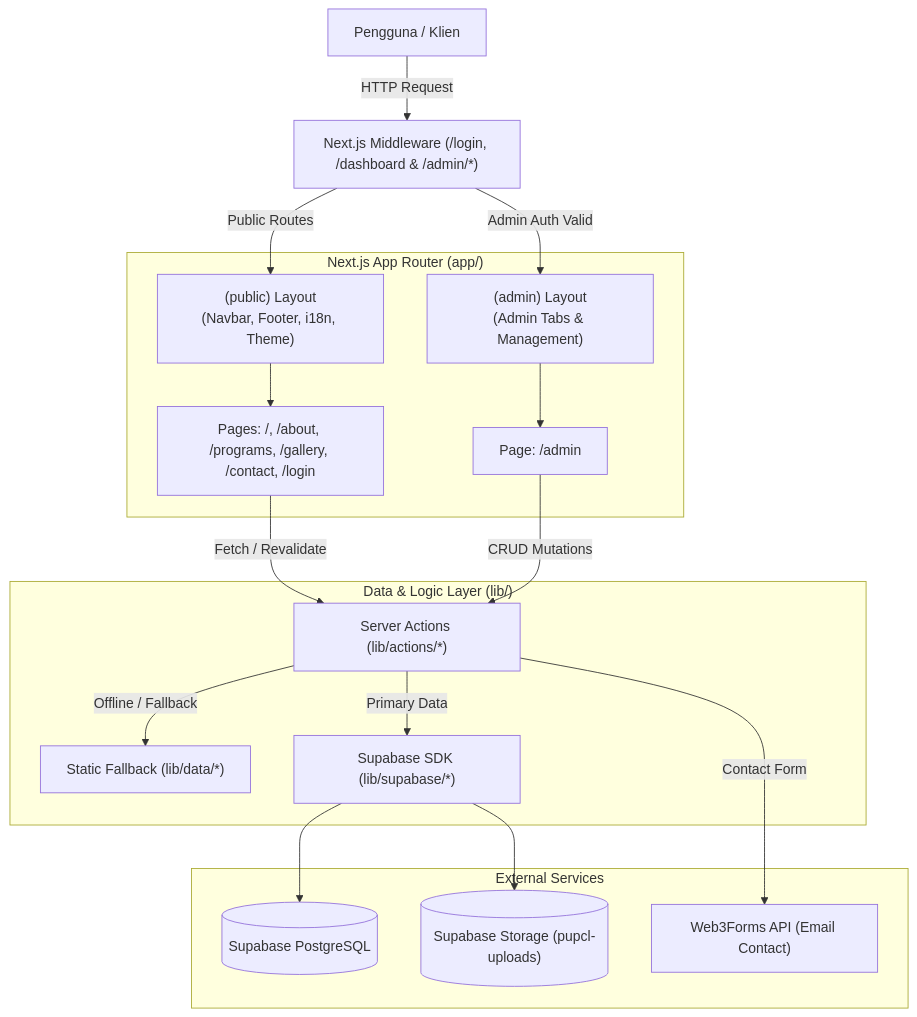
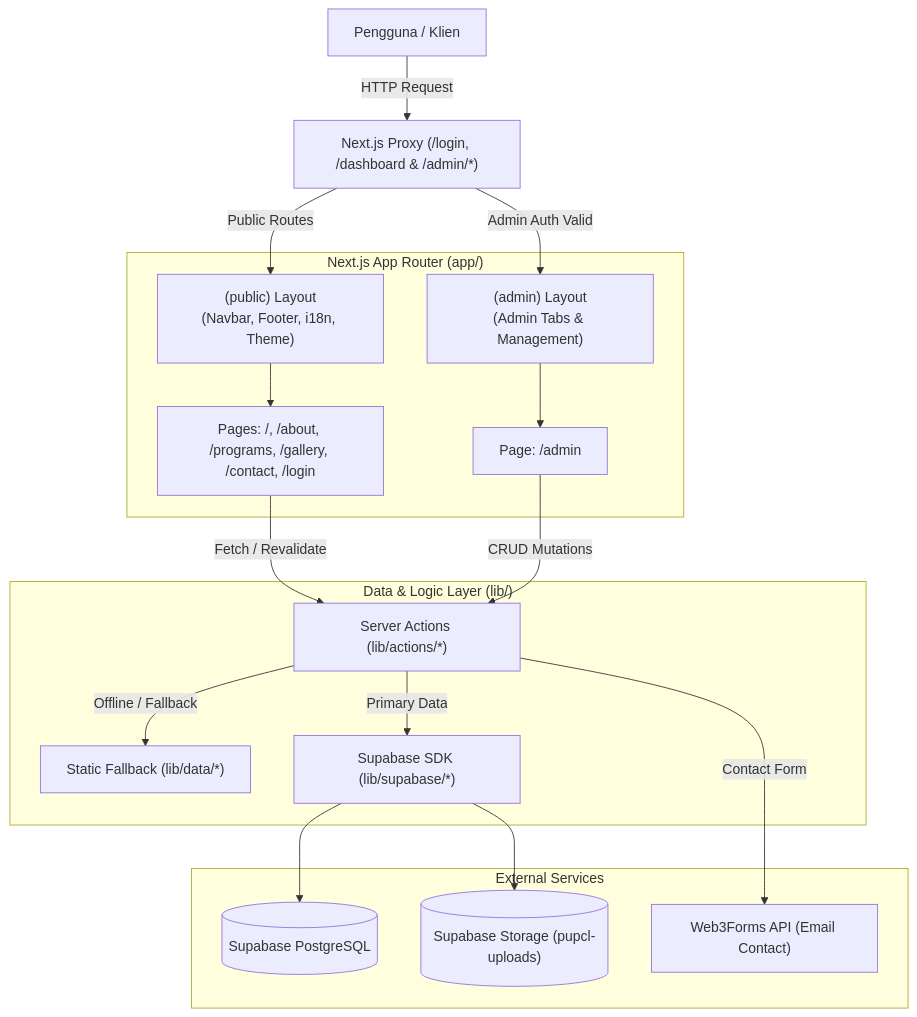
The diagram in docs/ARCHITECTURE.md (mrizalbasri/CodeLab), drawn with Mermaid before and after one commit. The commit also changed other lines of this file and 2 other files, not shown here.

Commit message:
chore(next16): migrate middleware file convention to proxy

````diff
--- a/docs/ARCHITECTURE.md
+++ b/docs/ARCHITECTURE.md
@@ -11,41 +11,41 @@
 ```mermaid
 flowchart TD
     User["Pengguna / Klien"]
-    Middleware["Next.js Middleware (/login, /dashboard & /admin/*)"]
+    Proxy["Next.js Proxy (/login, /dashboard & /admin/*)"]
     
     subgraph Routing ["Next.js App Router (app/)"]
         PublicGroup["(public) Layout<br/>(Navbar, Footer, i18n, Theme)"]
         AdminGroup["(admin) Layout<br/>(Admin Tabs & Management)"]
         PublicPages["Pages: /, /about, /programs, /gallery, /contact, /login"]
         AdminPage["Page: /admin"]
     end
 
     subgraph DataLayer ["Data & Logic Layer (lib/)"]
         ServerActions["Server Actions (lib/actions/*)"]
         StaticData["Static Fallback (lib/data/*)"]
         SupabaseMod["Supabase SDK (lib/supabase/*)"]
     end
 
     subgraph External ["External Services"]
         SupabaseDB[("Supabase PostgreSQL")]
         SupabaseStorage[("Supabase Storage (pupcl-uploads)")]
         Web3Forms["Web3Forms API (Email Contact)"]
     end
 
-    User -->|HTTP Request| Middleware
-    Middleware -->|Public Routes| PublicGroup
-    Middleware -->|Admin Auth Valid| AdminGroup
+    User -->|HTTP Request| Proxy
+    Proxy -->|Public Routes| PublicGroup
+    Proxy -->|Admin Auth Valid| AdminGroup
     
     PublicGroup --> PublicPages
     AdminGroup --> AdminPage
 
     PublicPages -->|Fetch / Revalidate| ServerActions
     AdminPage -->|CRUD Mutations| ServerActions
     
     ServerActions -->|Primary Data| SupabaseMod
     ServerActions -->|Offline / Fallback| StaticData
     ServerActions -->|Contact Form| Web3Forms
 
     SupabaseMod --> SupabaseDB
     SupabaseMod --> SupabaseStorage
 ```
````
